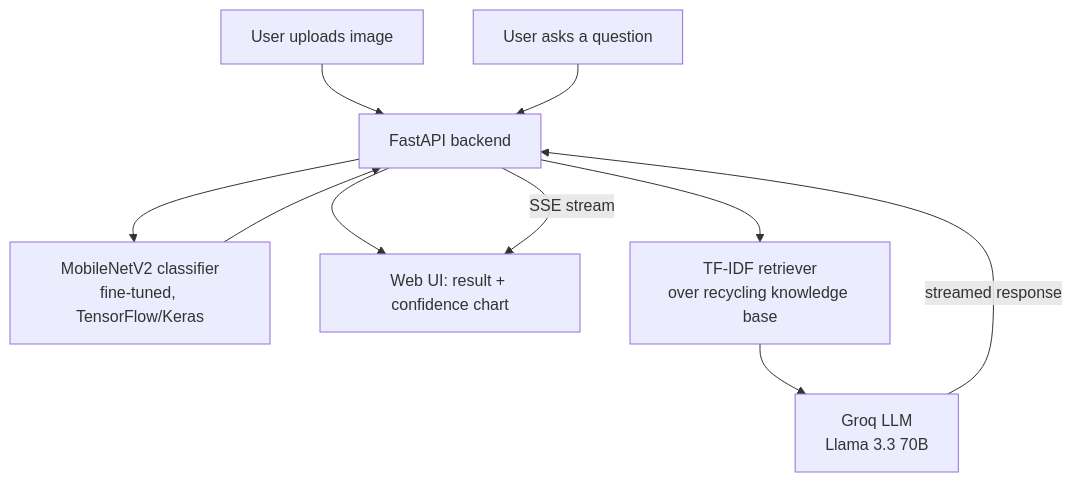
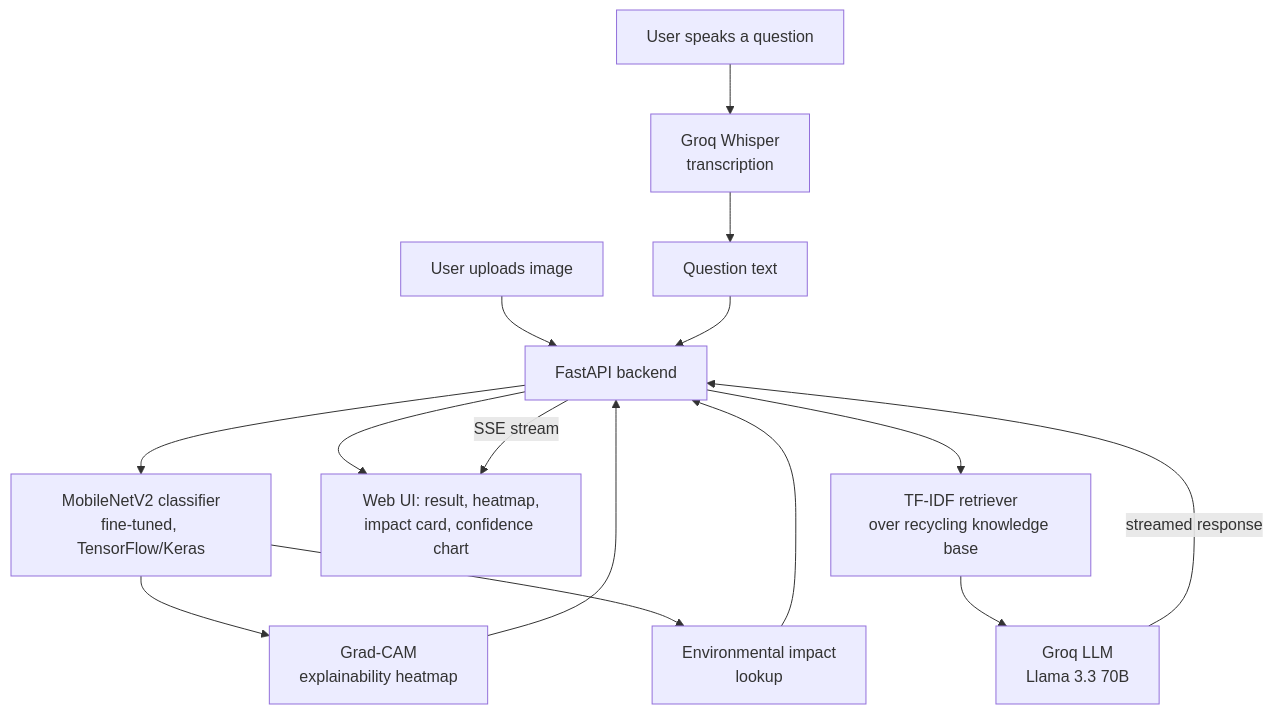
One commit to muhammadmoeed1/waste-classifier changed the diagram in README.md. Above: the diagram before and after it, drawn with Mermaid. The commit also changed other lines of this file and 12 other files, not shown here.

First line of the commit message:
Add explainable AI (Grad-CAM), environmental impact stats, and voice input

````diff
--- a/README.md
+++ b/README.md
@@ -27,13 +33,18 @@
 ```mermaid
 flowchart TD
     U[User uploads image] --> API[FastAPI backend]
     API --> CV[MobileNetV2 classifier<br/>fine-tuned, TensorFlow/Keras]
-    CV --> API
-    API --> UI[Web UI: result + confidence chart]
+    CV --> XAI[Grad-CAM<br/>explainability heatmap]
+    CV --> IMP[Environmental impact<br/>lookup]
+    XAI --> API
+    IMP --> API
+    API --> UI[Web UI: result, heatmap,<br/>impact card, confidence chart]
 
-    Q[User asks a question] --> API
+    V[User speaks a question] --> WSP[Groq Whisper<br/>transcription]
+    WSP --> Q[Question text]
+    Q --> API
     API --> RAG[TF-IDF retriever<br/>over recycling knowledge base]
     RAG --> LLM[Groq LLM<br/>Llama 3.3 70B]
     LLM -->|streamed response| API
     API -->|SSE stream| UI
 ```
````
